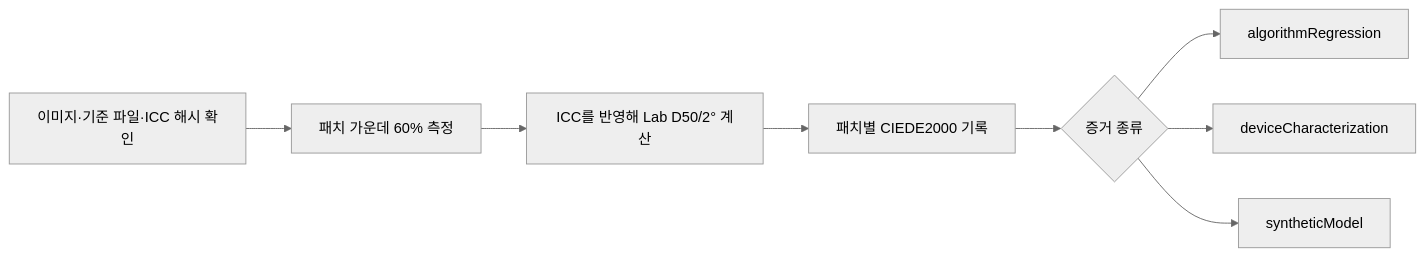
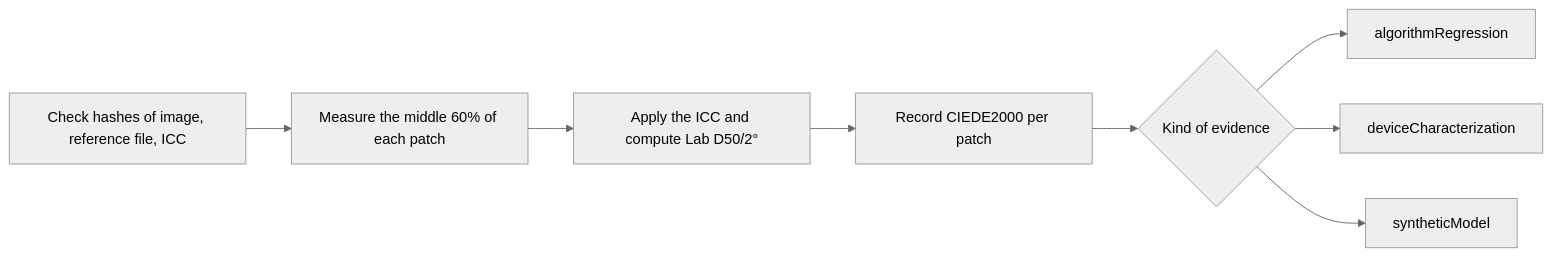
One commit to habinsong/negaflow changed the diagram in docs/reference/IT8_COLOR_VALIDATION.md. Above: the diagram before and after it, drawn with Mermaid (neutral theme). The commit also changed other lines of this file and 119 other files, not shown here.

````diff
--- a/docs/reference/IT8_COLOR_VALIDATION.md
+++ b/docs/reference/IT8_COLOR_VALIDATION.md
@@ -183,10 +191,10 @@
 ```mermaid
 flowchart LR
-    A["이미지·기준 파일·ICC 해시 확인"] --> B["패치 가운데 60% 측정"]
-    B --> C["ICC를 반영해 Lab D50/2° 계산"]
-    C --> D["패치별 CIEDE2000 기록"]
-    D --> E{"증거 종류"}
+    A["Check hashes of image, reference file, ICC"] --> B["Measure the middle 60% of each patch"]
+    B --> C["Apply the ICC and compute Lab D50/2°"]
+    C --> D["Record CIEDE2000 per patch"]
+    D --> E{"Kind of evidence"}
     E --> F["algorithmRegression"]
     E --> G["deviceCharacterization"]
     E --> H["syntheticModel"]
 ```
````
